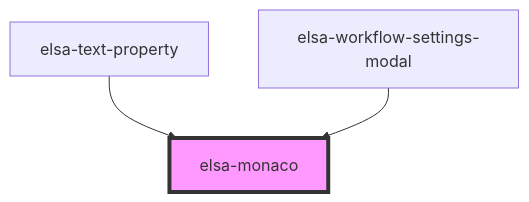
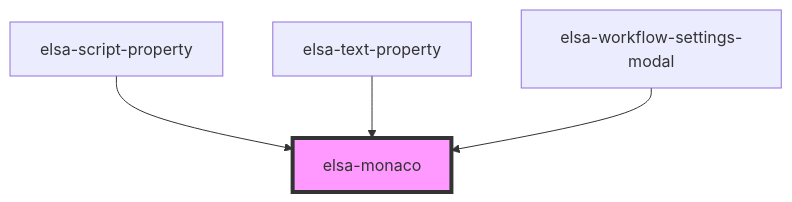
The diagram in src/designer/elsa-workflows-studio/src/components/editors/monaco/elsa-monaco/readme.md (elsa-workflows/elsa-core), drawn with Mermaid before and after one commit. The commit also changed other lines of this file and 9 other files, not shown here.

````diff
--- a/src/designer/elsa-workflows-studio/src/components/editors/monaco/elsa-monaco/readme.md
+++ b/src/designer/elsa-workflows-studio/src/components/editors/monaco/elsa-monaco/readme.md
@@ -46,6 +47,7 @@
 ```mermaid
 graph TD;
+  elsa-script-property --> elsa-monaco
   elsa-text-property --> elsa-monaco
   elsa-workflow-settings-modal --> elsa-monaco
   style elsa-monaco fill:#f9f,stroke:#333,stroke-width:4px
 ```
````
